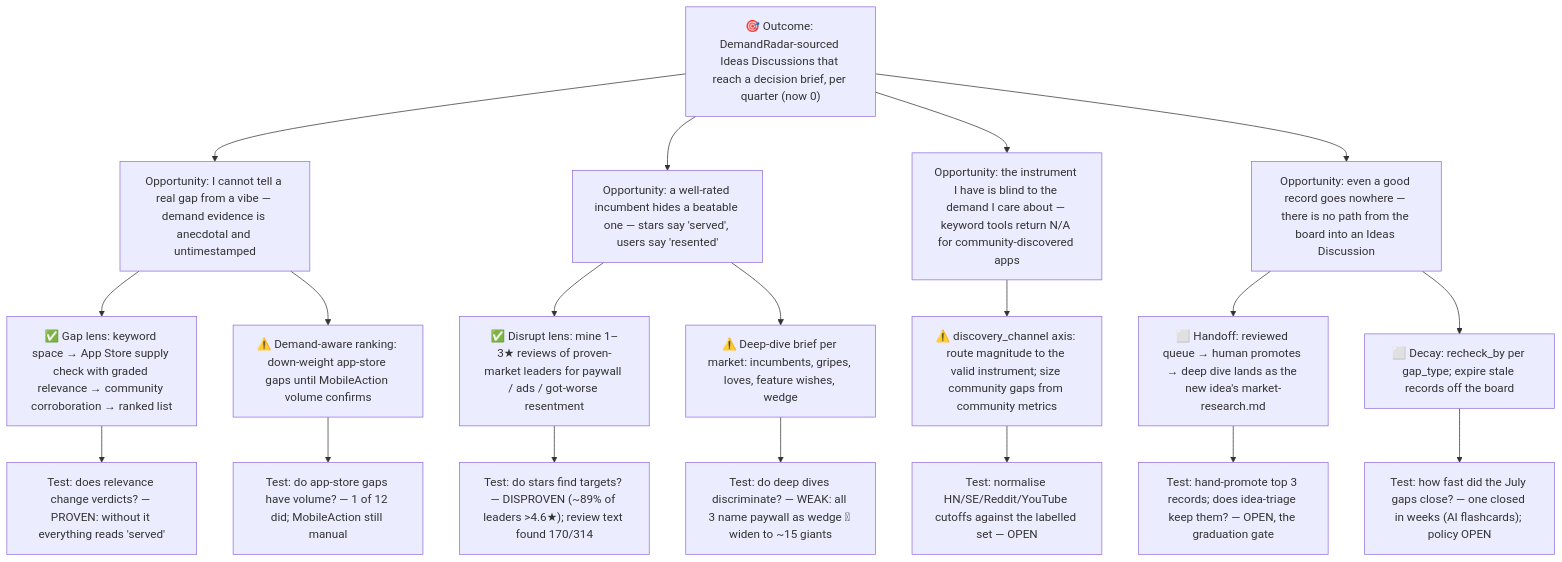
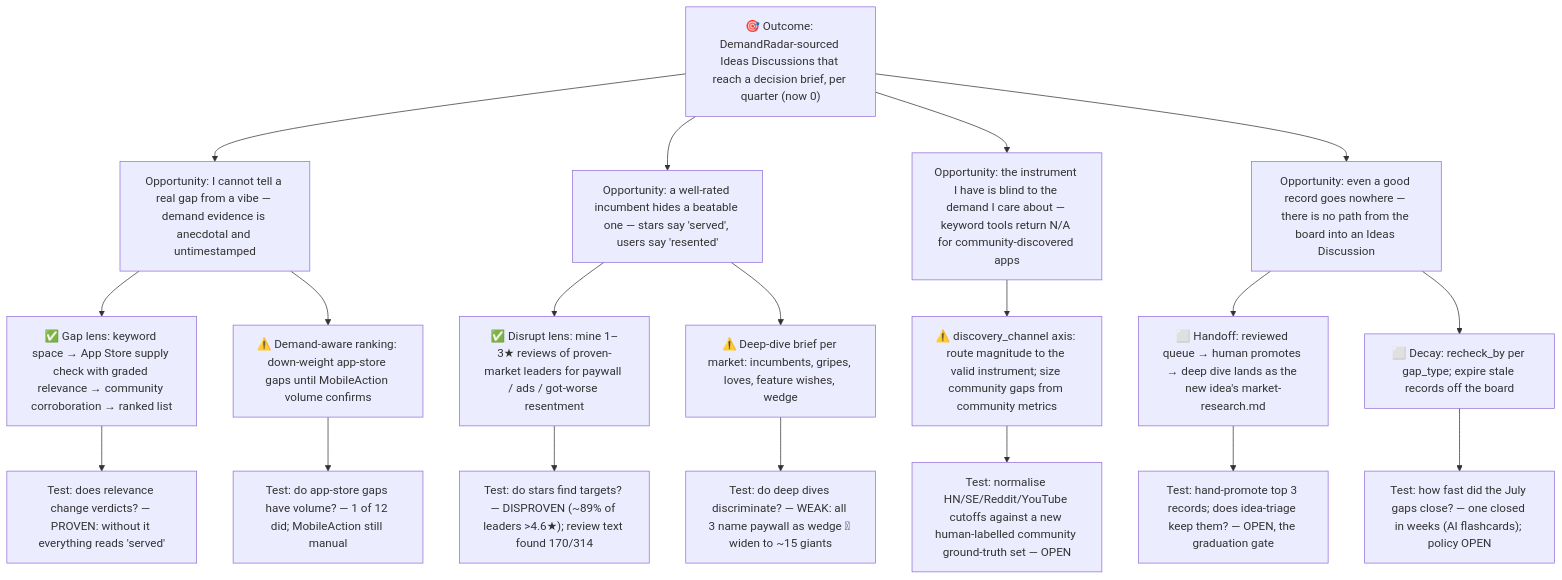
The diagram in ideas/demand-radar/ost.md (combsmith/incubator), drawn with Mermaid before and after one commit. The commit also changed 3 other files, not shown here.

Commit message:
fix(reviews): tighten promotion rule, handoff order, community ground truth, recheck_by and breaker claims

````diff
--- a/ideas/demand-radar/ost.md
+++ b/ideas/demand-radar/ost.md
@@ -20,25 +20,25 @@
 ```mermaid
 flowchart TD
     O["🎯 Outcome: DemandRadar-sourced Ideas Discussions that reach a decision brief, per quarter (now 0)"]
 
     O --> OPP1["Opportunity: I cannot tell a real gap from a vibe — demand evidence is anecdotal and untimestamped"]
     O --> OPP2["Opportunity: a well-rated incumbent hides a beatable one — stars say 'served', users say 'resented'"]
     O --> OPP3["Opportunity: the instrument I have is blind to the demand I care about — keyword tools return N/A for community-discovered apps"]
     O --> OPP4["Opportunity: even a good record goes nowhere — there is no path from the board into an Ideas Discussion"]
 
     OPP1 --> S1["✅ Gap lens: keyword space → App Store supply check with graded relevance → community corroboration → ranked list"]
     OPP1 --> S2["⚠️ Demand-aware ranking: down-weight app-store gaps until MobileAction volume confirms"]
     OPP2 --> S3["✅ Disrupt lens: mine 1–3★ reviews of proven-market leaders for paywall / ads / got-worse resentment"]
     OPP2 --> S4["⚠️ Deep-dive brief per market: incumbents, gripes, loves, feature wishes, wedge"]
     OPP3 --> S5["⚠️ discovery_channel axis: route magnitude to the valid instrument; size community gaps from community metrics"]
     OPP4 --> S6["⬜ Handoff: reviewed queue → human promotes → deep dive lands as the new idea's market-research.md"]
     OPP4 --> S7["⬜ Decay: recheck_by per gap_type; expire stale records off the board"]
 
     S1 --> A1["Test: does relevance change verdicts? — PROVEN: without it everything reads 'served'"]
     S2 --> A2["Test: do app-store gaps have volume? — 1 of 12 did; MobileAction still manual"]
     S3 --> A3["Test: do stars find targets? — DISPROVEN (~89% of leaders >4.6★); review text found 170/314"]
     S4 --> A4["Test: do deep dives discriminate? — WEAK: all 3 name paywall as wedge #1; widen to ~15 giants"]
-    S5 --> A5["Test: normalise HN/SE/Reddit/YouTube cutoffs against the labelled set — OPEN"]
+    S5 --> A5["Test: normalise HN/SE/Reddit/YouTube cutoffs against a new human-labelled community ground-truth set — OPEN"]
     S6 --> A6["Test: hand-promote top 3 records; does idea-triage keep them? — OPEN, the graduation gate"]
     S7 --> A7["Test: how fast did the July gaps close? — one closed in weeks (AI flashcards); policy OPEN"]
 ```
````
